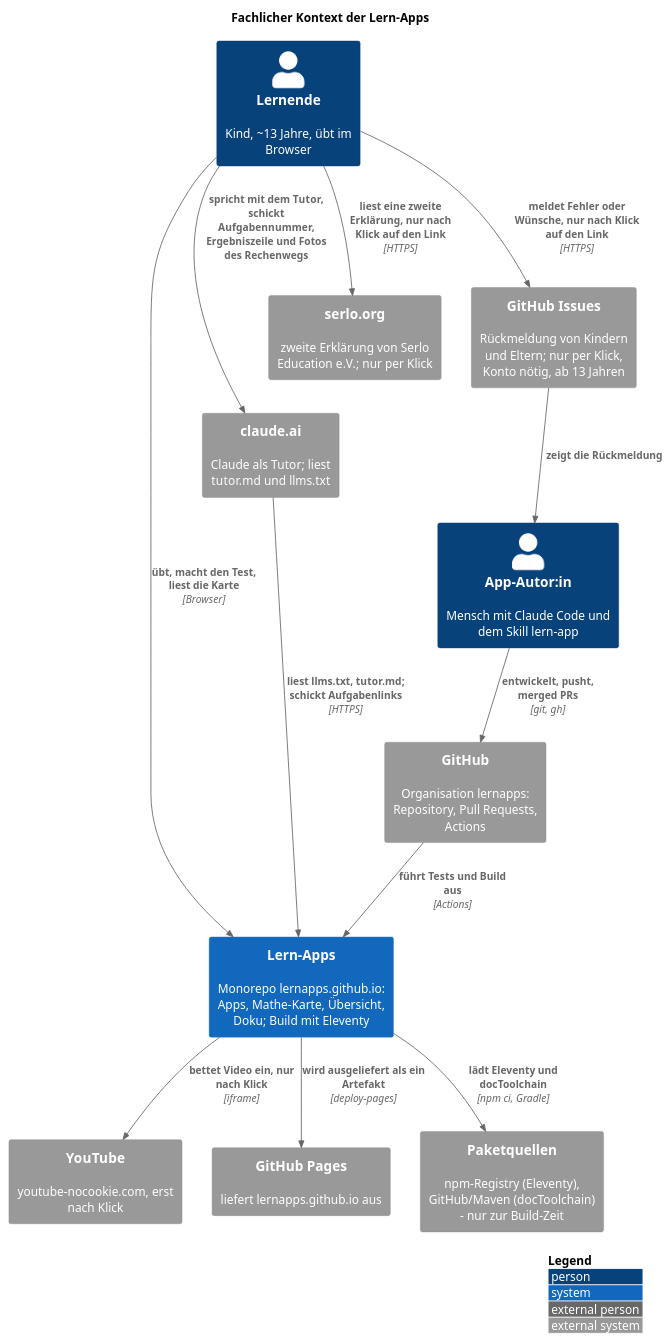
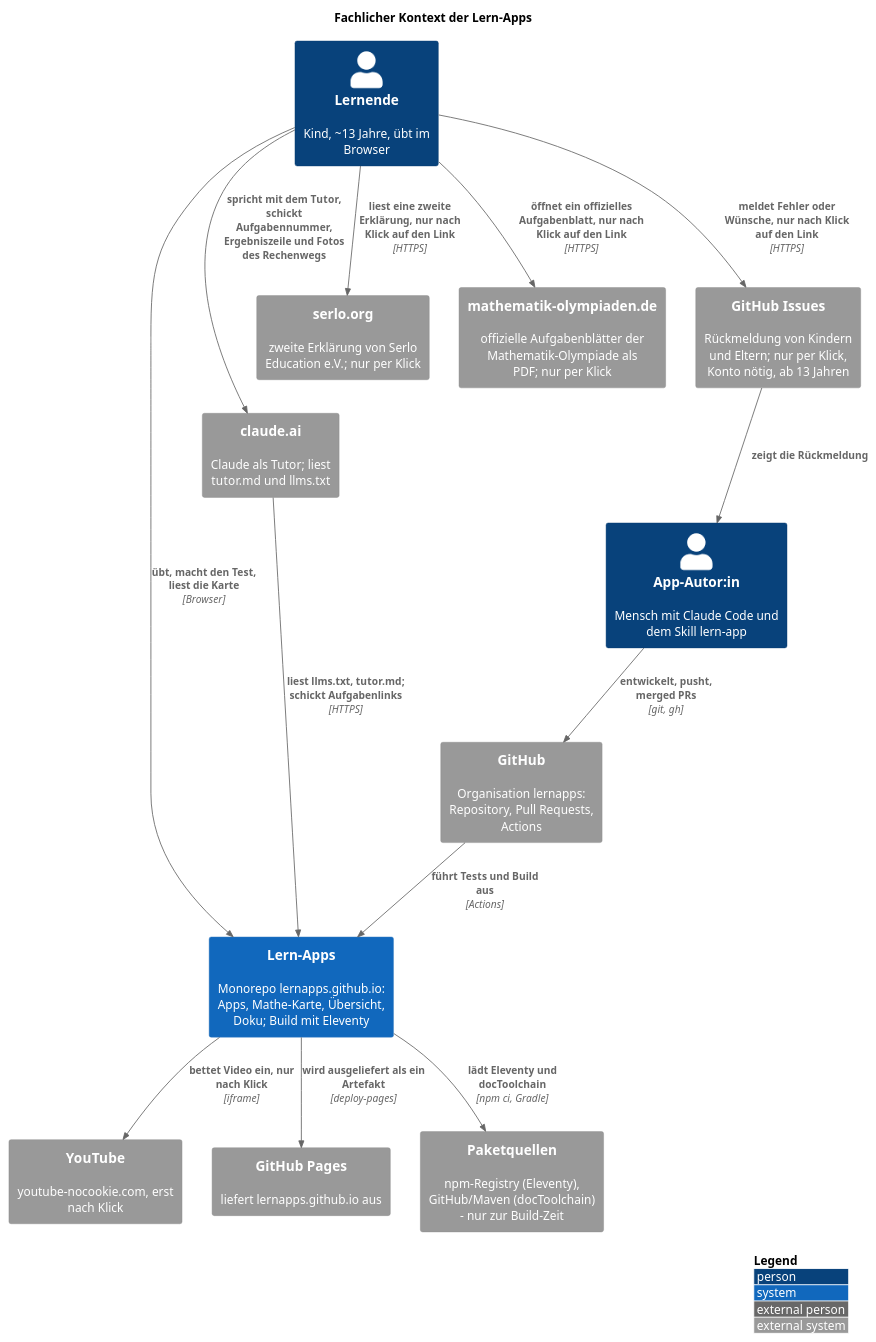
The diagram in src/docs/arc42/chapters/03_context_and_scope.adoc (lernapps/mathe-karte), drawn with PlantUML before and after one commit. The commit also changed other lines of this file and 8 other files, not shown here.

```diff
--- a/src/docs/arc42/chapters/03_context_and_scope.adoc
+++ b/src/docs/arc42/chapters/03_context_and_scope.adoc
@@ -25,33 +25,35 @@
 [plantuml, target=kontext-fachlich, format=svg]
 ....
 @startuml
 !include <C4/C4_Context>
 LAYOUT_WITH_LEGEND()
 title Fachlicher Kontext der Lern-Apps
 
 Person(kind, "Lernende", "Kind, ~13 Jahre, übt im Browser")
 Person(autor, "App-Autor:in", "Mensch mit Claude Code und dem Skill lern-app")
 
 System(lernapps, "Lern-Apps", "Monorepo lernapps.github.io: Apps, Mathe-Karte, Übersicht, Doku; Build mit Eleventy")
 
 System_Ext(claude, "claude.ai", "Claude als Tutor; liest tutor.md und llms.txt")
 System_Ext(youtube, "YouTube", "youtube-nocookie.com, erst nach Klick")
 System_Ext(serlo, "serlo.org", "zweite Erklärung von Serlo Education e.V.; nur per Klick")
+System_Ext(mo, "mathematik-olympiaden.de", "offizielle Aufgabenblätter der Mathematik-Olympiade als PDF; nur per Klick")
 System_Ext(github, "GitHub", "Organisation lernapps: Repository, Pull Requests, Actions")
 System_Ext(issues, "GitHub Issues", "Rückmeldung von Kindern und Eltern; nur per Klick, Konto nötig, ab 13 Jahren")
 System_Ext(pages, "GitHub Pages", "liefert lernapps.github.io aus")
 System_Ext(pakete, "Paketquellen", "npm-Registry (Eleventy), GitHub/Maven (docToolchain) – nur zur Build-Zeit")
 
 Rel(kind, lernapps, "übt, macht den Test, liest die Karte", "Browser")
 Rel(kind, claude, "spricht mit dem Tutor, schickt Aufgabennummer, Ergebniszeile und Fotos des Rechenwegs")
 Rel(claude, lernapps, "liest llms.txt, tutor.md; schickt Aufgabenlinks", "HTTPS")
 Rel(lernapps, youtube, "bettet Video ein, nur nach Klick", "iframe")
 Rel(kind, issues, "meldet Fehler oder Wünsche, nur nach Klick auf den Link", "HTTPS")
 Rel(kind, serlo, "liest eine zweite Erklärung, nur nach Klick auf den Link", "HTTPS")
+Rel(kind, mo, "öffnet ein offizielles Aufgabenblatt, nur nach Klick auf den Link", "HTTPS")
 Rel(issues, autor, "zeigt die Rückmeldung")
 Rel(autor, github, "entwickelt, pusht, merged PRs", "git, gh")
 Rel(github, lernapps, "führt Tests und Build aus", "Actions")
 Rel(lernapps, pakete, "lädt Eleventy und docToolchain", "npm ci, Gradle")
 Rel(lernapps, pages, "wird ausgeliefert als ein Artefakt", "deploy-pages")
 @enduml
 ....
```
